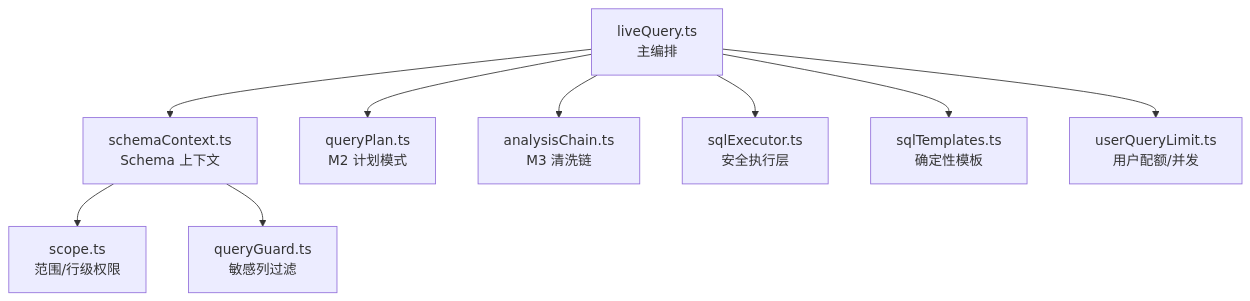
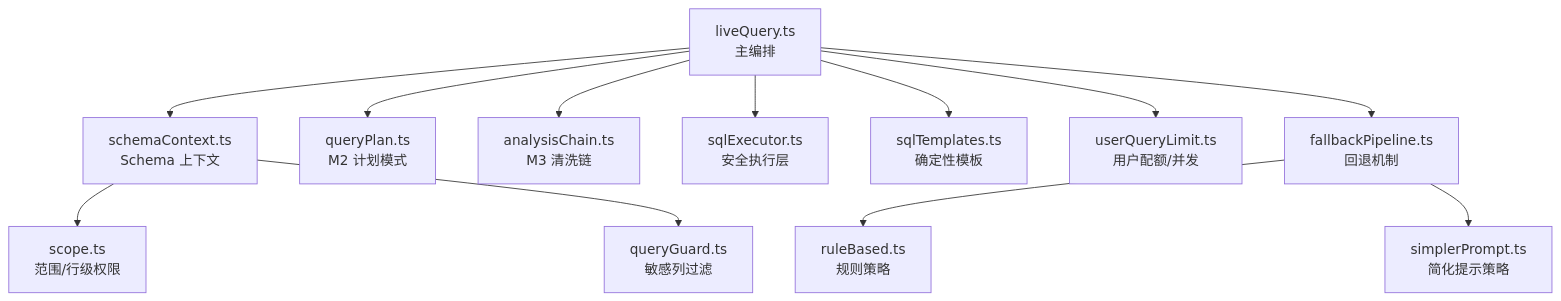
Before and after one commit to dgjin/smart-data-analytics: the first of 11 diagrams in .qoder/repowiki/zh/content/系统架构/核心组件详解/查询处理引擎/查询处理引擎.md, drawn with Mermaid. The commit also changed other lines of this file and 10 other files, not shown here.

````diff
--- a/.qoder/repowiki/zh/content/系统架构/核心组件详解/查询处理引擎/查询处理引擎.md
+++ b/.qoder/repowiki/zh/content/系统架构/核心组件详解/查询处理引擎/查询处理引擎.md
@@ -40,11 +54,14 @@
 ```mermaid
 graph TB
 A["liveQuery.ts<br/>主编排"] --> B["schemaContext.ts<br/>Schema 上下文"]
 A --> C["queryPlan.ts<br/>M2 计划模式"]
 A --> D["analysisChain.ts<br/>M3 清洗链"]
 A --> E["sqlExecutor.ts<br/>安全执行层"]
 B --> F["scope.ts<br/>范围/行级权限"]
 B --> G["queryGuard.ts<br/>敏感列过滤"]
 A --> H["sqlTemplates.ts<br/>确定性模板"]
 A --> I["userQueryLimit.ts<br/>用户配额/并发"]
+A --> J["fallbackPipeline.ts<br/>回退机制"]
+J --> K["ruleBased.ts<br/>规则策略"]
+J --> L["simplerPrompt.ts<br/>简化提示策略"]
 ```
````
